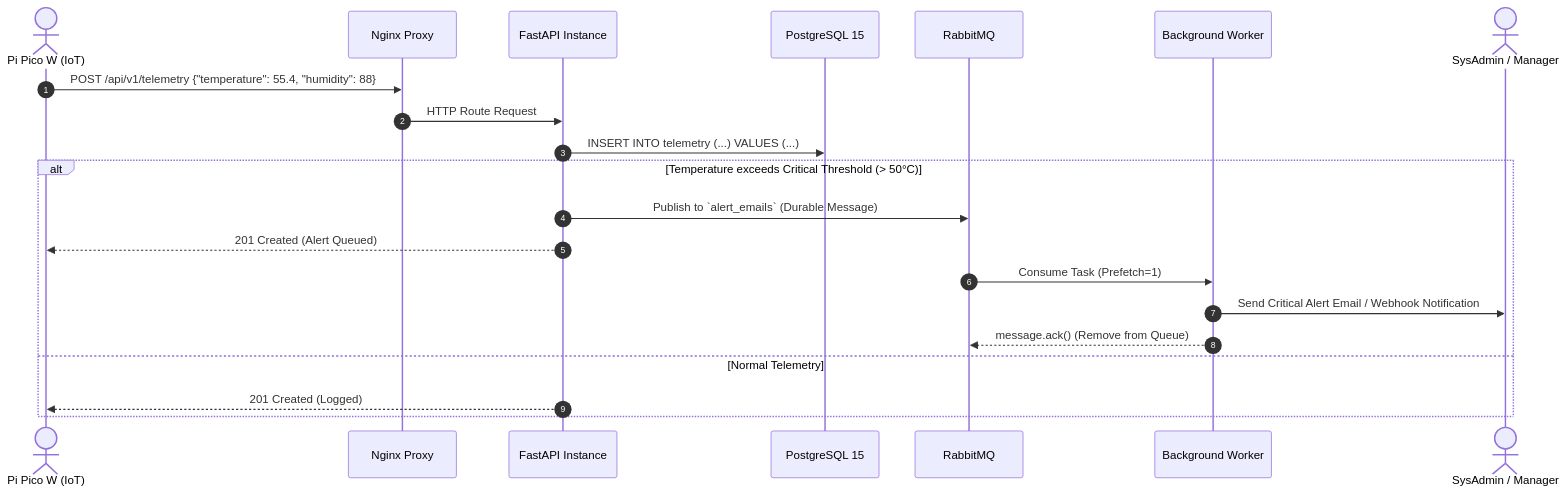
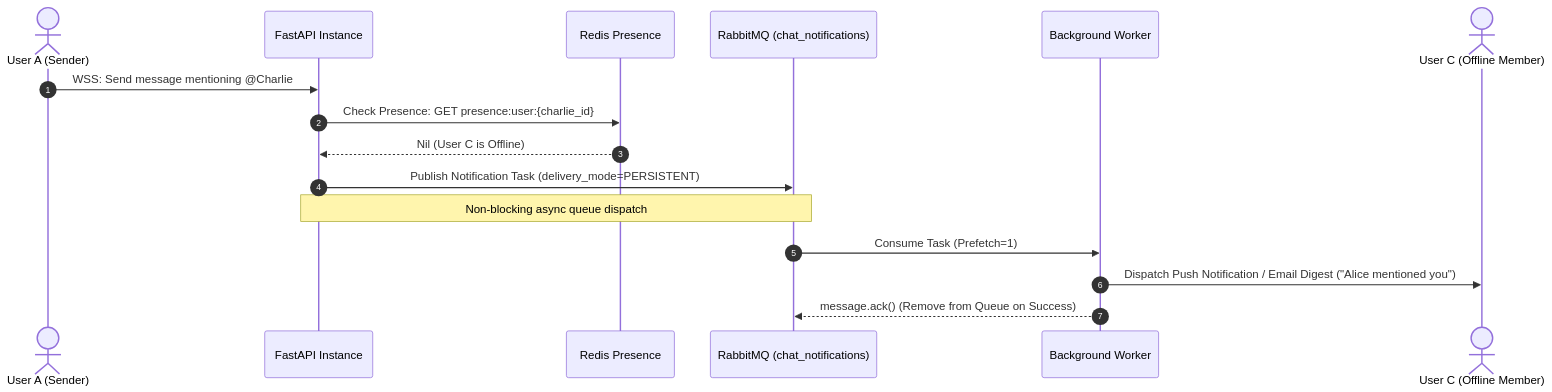
One commit to aldien-rebellion/livechat-workspace-backend changed the third of 3 diagrams in docs/workshop10_architecture_board.md. Above: the diagram before and after it, drawn with Mermaid. The commit also changed other lines of this file and 2 other files, not shown here.

Commit message:
docs(workshop10): refine architecture board to focus exclusively on livechat platform

````diff
--- a/docs/workshop10_architecture_board.md
+++ b/docs/workshop10_architecture_board.md
@@ -157,24 +155,19 @@
 ```mermaid
 sequenceDiagram
     autonumber
-    actor Pico as Pi Pico W (IoT)
-    participant Nginx as Nginx Proxy
+    actor Alice as User A (Sender)
     participant API as FastAPI Instance
-    participant PG as PostgreSQL 15
-    participant RMQ as RabbitMQ
+    participant Redis as Redis Presence
+    participant RMQ as RabbitMQ (chat_notifications)
     participant Worker as Background Worker
-    actor Admin as SysAdmin / Manager
+    actor Charlie as User C (Offline Member)
 
-    Pico->>Nginx: POST /api/v1/telemetry {"temperature": 55.4, "humidity": 88}
-    Nginx->>API: HTTP Route Request
-    API->>PG: INSERT INTO telemetry (...) VALUES (...)
-    alt Temperature exceeds Critical Threshold (> 50°C)
-        API->>RMQ: Publish to `alert_emails` (Durable Message)
-        API-->>Pico: 201 Created (Alert Queued)
-        RMQ->>Worker: Consume Task (Prefetch=1)
-        Worker->>Admin: Send Critical Alert Email / Webhook Notification
-        Worker-->>RMQ: message.ack() (Remove from Queue)
-    else Normal Telemetry
-        API-->>Pico: 201 Created (Logged)
-    end
+    Alice->>API: WSS: Send message mentioning @Charlie
+    API->>Redis: Check Presence: GET presence:user:{charlie_id}
+    Redis-->>API: Nil (User C is Offline)
+    API->>RMQ: Publish Notification Task (delivery_mode=PERSISTENT)
+    Note over API,RMQ: Non-blocking async queue dispatch
+    RMQ->>Worker: Consume Task (Prefetch=1)
+    Worker->>Charlie: Dispatch Push Notification / Email Digest ("Alice mentioned you")
+    Worker-->>RMQ: message.ack() (Remove from Queue on Success)
 ```
````
